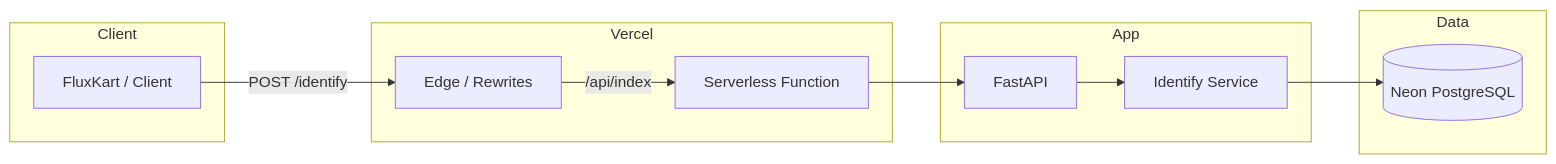
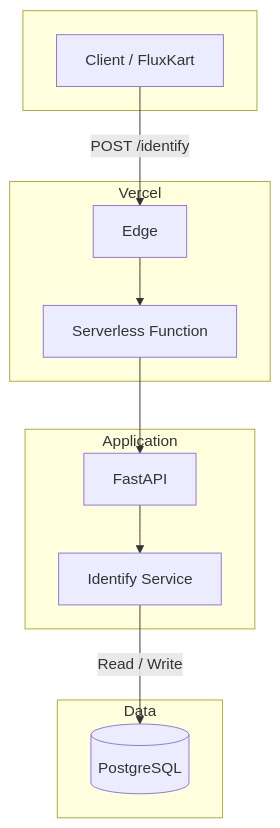
One commit to Rhishi-04/BiteSpeed-Identifier changed the diagram in README.md. Above: the diagram before and after it, drawn with Mermaid. The commit also changed other lines of this file, not shown here.

First line of the commit message:
README: informative only, add what/why/special functionality, nicer diagram

````diff
--- a/README.md
+++ b/README.md
@@ -21,22 +49,22 @@
 ```mermaid
-flowchart LR
-    subgraph Client
-        A[FluxKart / Client]
+flowchart TB
+    subgraph client[" "]
+        A[Client / FluxKart]
     end
-    subgraph Vercel
-        B[Edge / Rewrites]
+    subgraph vercel["Vercel"]
+        B[Edge]
         C[Serverless Function]
     end
-    subgraph App
+    subgraph app["Application"]
         D[FastAPI]
         E[Identify Service]
     end
-    subgraph Data
-        F[(Neon PostgreSQL)]
+    subgraph data["Data"]
+        F[(PostgreSQL)]
     end
-    A -->|POST /identify| B
-    B -->|/api/index| C
+    A -->|"POST /identify"| B
+    B --> C
     C --> D
     D --> E
-    E --> F
+    E -->|Read / Write| F
 ```
````
